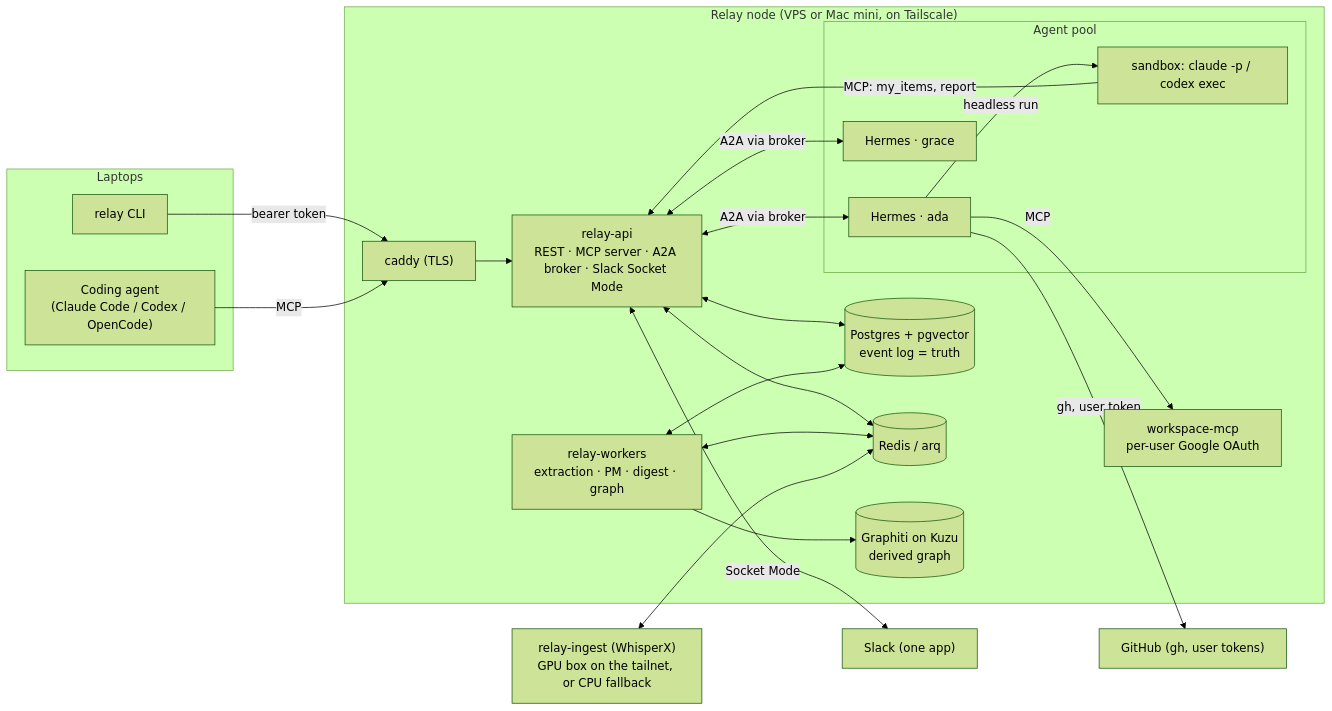
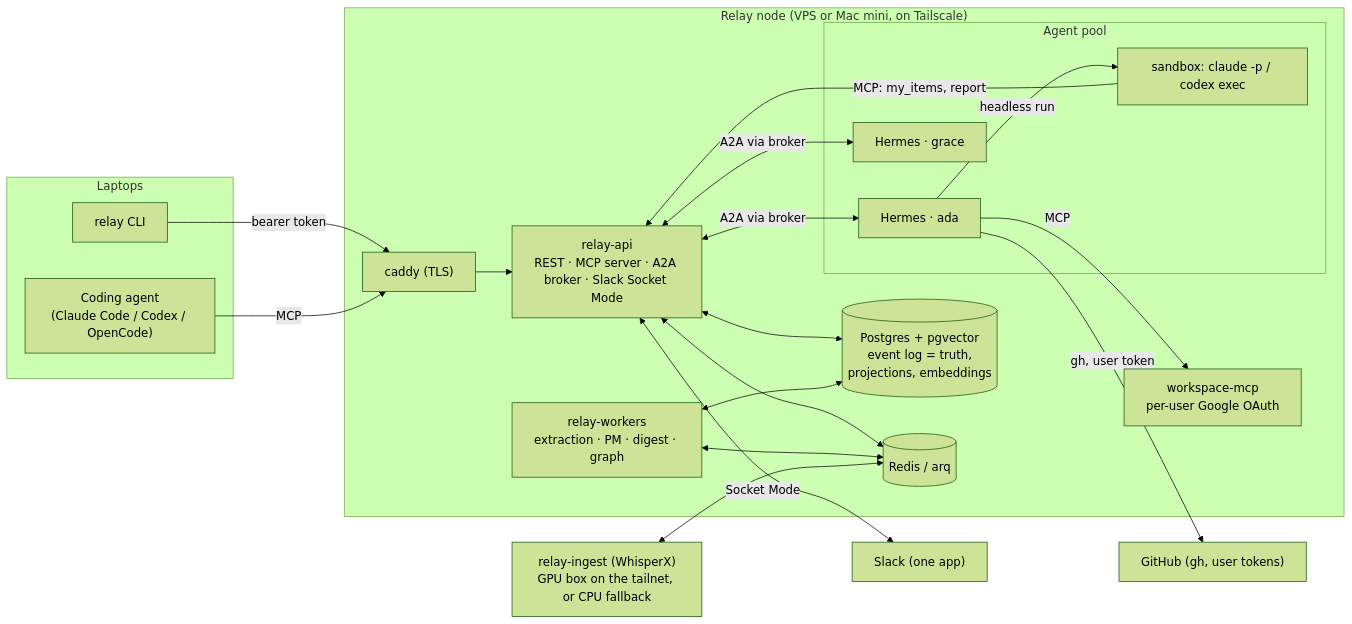
One commit to relayagents/relay changed the diagram in README.md. Above: the diagram before and after it, drawn with Mermaid (forest theme). The commit also changed other lines of this file and 17 other files, not shown here.

First line of the commit message:
feat(memory): no graph by default; topics and supersedes come from the extractor

````diff
--- a/README.md
+++ b/README.md
@@ -26,40 +26,38 @@
 ```mermaid
 flowchart LR
   subgraph laptops["Laptops"]
     CLI["relay CLI"]
     CC["Coding agent<br/>(Claude Code / Codex / OpenCode)"]
   end
   subgraph node["Relay node (VPS or Mac mini, on Tailscale)"]
     API["relay-api<br/>REST · MCP server · A2A broker · Slack Socket Mode"]
     W["relay-workers<br/>extraction · PM · digest · graph"]
-    PG[("Postgres + pgvector<br/>event log = truth")]
+    PG[("Postgres + pgvector<br/>event log = truth,<br/>projections, embeddings")]
     R[("Redis / arq")]
-    G[("Graphiti on Kuzu<br/>derived graph")]
     WS["workspace-mcp<br/>per-user Google OAuth"]
     subgraph pool["Agent pool"]
       H1["Hermes · ada"]
       H2["Hermes · grace"]
       SB["sandbox: claude -p / codex exec"]
     end
     CADDY["caddy (TLS)"]
   end
   GPU["relay-ingest (WhisperX)<br/>GPU box on the tailnet, or CPU fallback"]
   SLACK["Slack (one app)"]
   GH["GitHub (gh, user tokens)"]
 
   CLI -->|bearer token| CADDY --> API
   CC -->|MCP| CADDY
   API <--> PG
   API <--> R
   W <--> PG
   W <--> R
-  W --> G
   GPU <--> R
   API <-->|A2A via broker| H1
   API <-->|A2A via broker| H2
   H1 -->|headless run| SB
   SB -->|MCP: my_items, report| API
   API <-->|Socket Mode| SLACK
   H1 -->|gh, user token| GH
   H1 -->|MCP| WS
 ```
````
